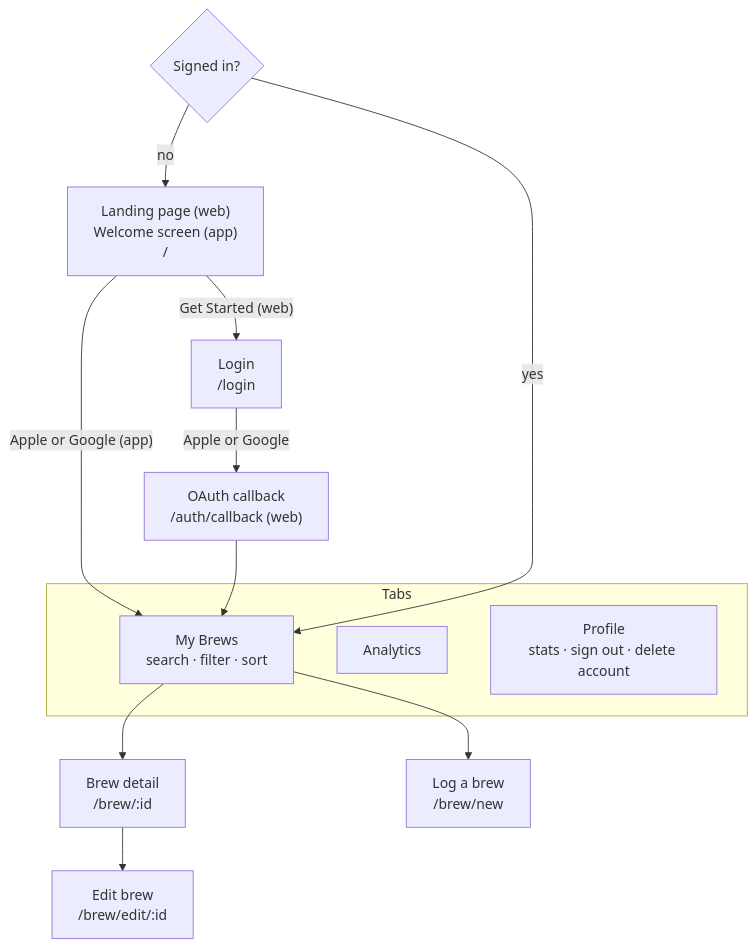
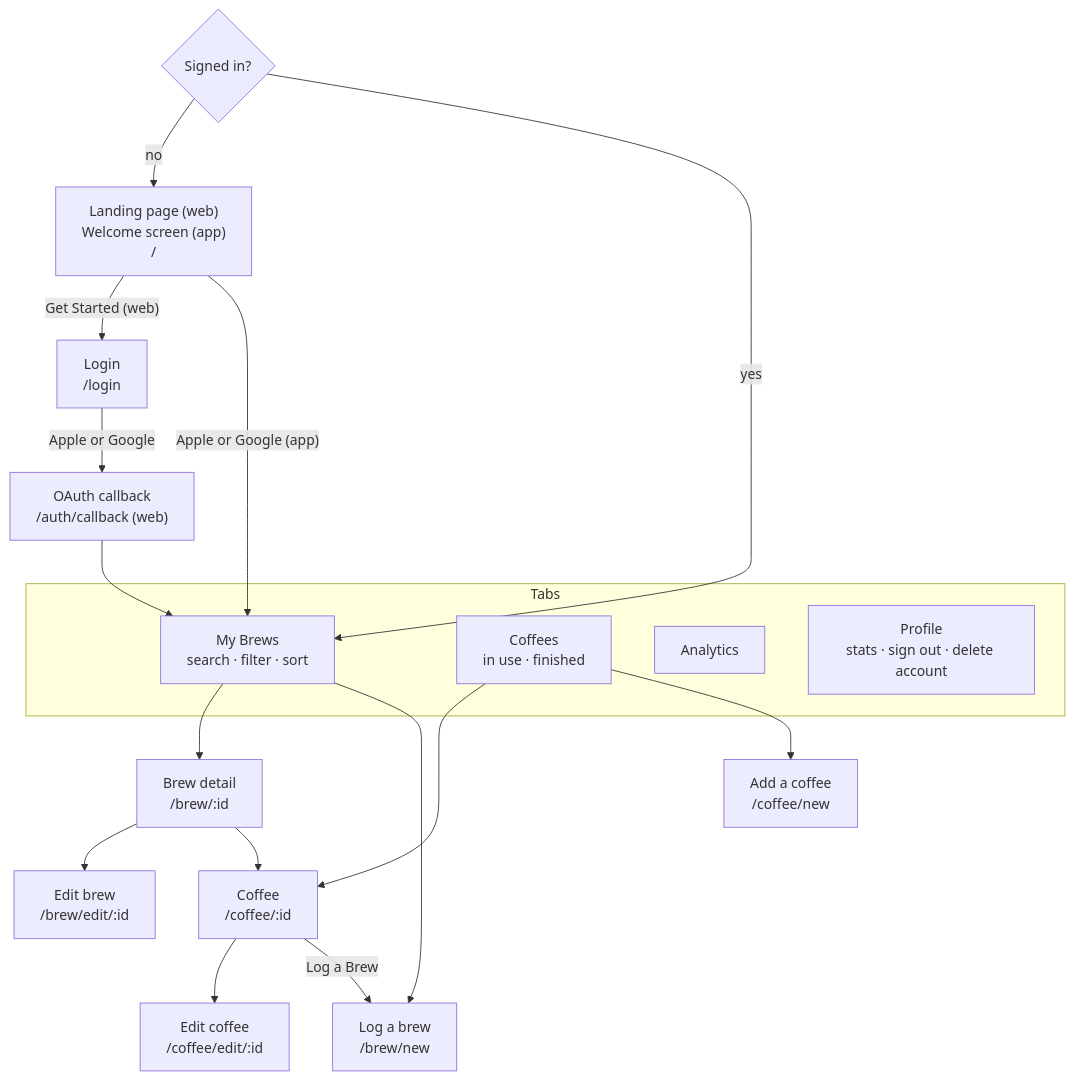
The second of 6 diagrams in README.md (antmelon/BruLogger), drawn with Mermaid before and after one commit. The commit also changed other lines of this file and 47 other files, not shown here.

````diff
--- a/README.md
+++ b/README.md
@@ -81,20 +82,26 @@
 ```mermaid
 flowchart TD
   gate{"Signed in?"}
   gate -- no --> landing["Landing page (web)<br/>Welcome screen (app)<br/>/"]
   landing -- "Get Started (web)" --> login["Login<br/>/login"]
   landing -- "Apple or Google (app)" --> list
   login -- "Apple or Google" --> callback["OAuth callback<br/>/auth/callback (web)"]
   callback --> list
   gate -- yes --> list
 
   subgraph tabs [Tabs]
     list["My Brews<br/>search · filter · sort"]
+    coffees["Coffees<br/>in use · finished"]
     analytics["Analytics"]
     profile["Profile<br/>stats · sign out · delete account"]
   end
 
   list --> detail["Brew detail<br/>/brew/:id"]
   list --> new["Log a brew<br/>/brew/new"]
   detail --> edit["Edit brew<br/>/brew/edit/:id"]
+  detail --> coffee
+  coffees --> coffee["Coffee<br/>/coffee/:id"]
+  coffees --> newCoffee["Add a coffee<br/>/coffee/new"]
+  coffee --> editCoffee["Edit coffee<br/>/coffee/edit/:id"]
+  coffee -- "Log a Brew" --> new
 ```
````
